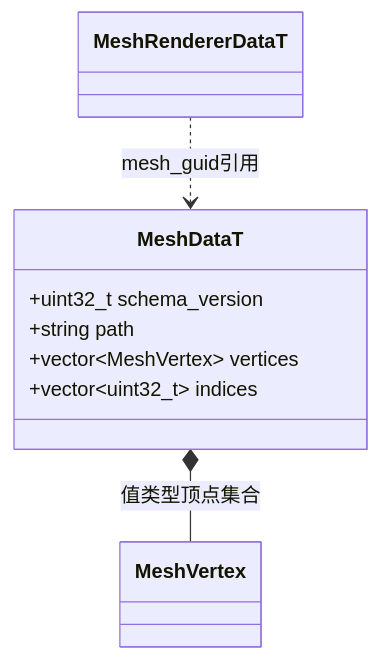
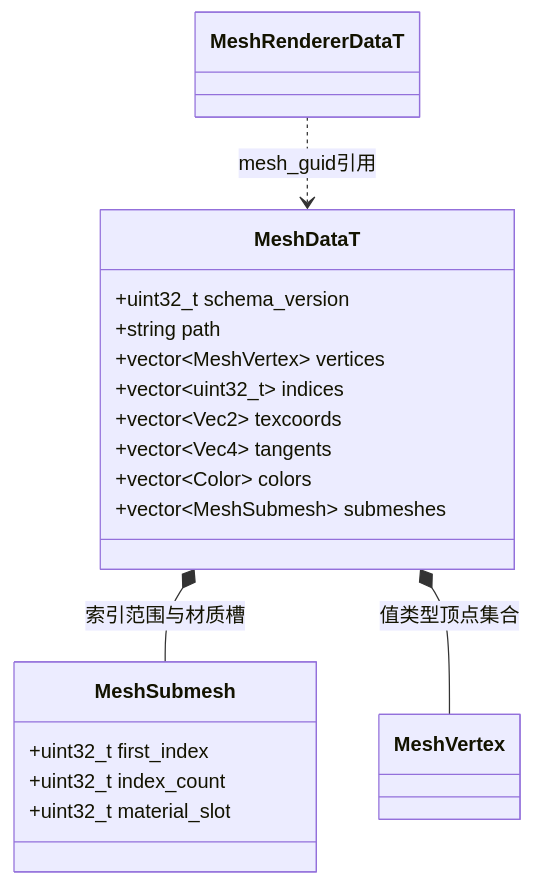
Before and after one commit to lcals/Engine: the second of 6 diagrams in docs/runtime/class-diagrams/scene-data.md, drawn with Mermaid. The commit also changed other lines of this file and 125 other files, not shown here.

````diff
--- a/docs/runtime/class-diagrams/scene-data.md
+++ b/docs/runtime/class-diagrams/scene-data.md
@@ -46,13 +43,23 @@
 ```mermaid
 classDiagram
     class MeshDataT {
         +uint32_t schema_version
         +string path
         +vector~MeshVertex~ vertices
         +vector~uint32_t~ indices
+        +vector~Vec2~ texcoords
+        +vector~Vec4~ tangents
+        +vector~Color~ colors
+        +vector~MeshSubmesh~ submeshes
     }
     class MeshVertex
+    class MeshSubmesh {
+        +uint32_t first_index
+        +uint32_t index_count
+        +uint32_t material_slot
+    }
+    MeshDataT *-- MeshSubmesh : 索引范围与材质槽
     class MeshRendererDataT
     MeshDataT *-- MeshVertex : 值类型顶点集合
     MeshRendererDataT ..> MeshDataT : mesh_guid引用
 ```
````
